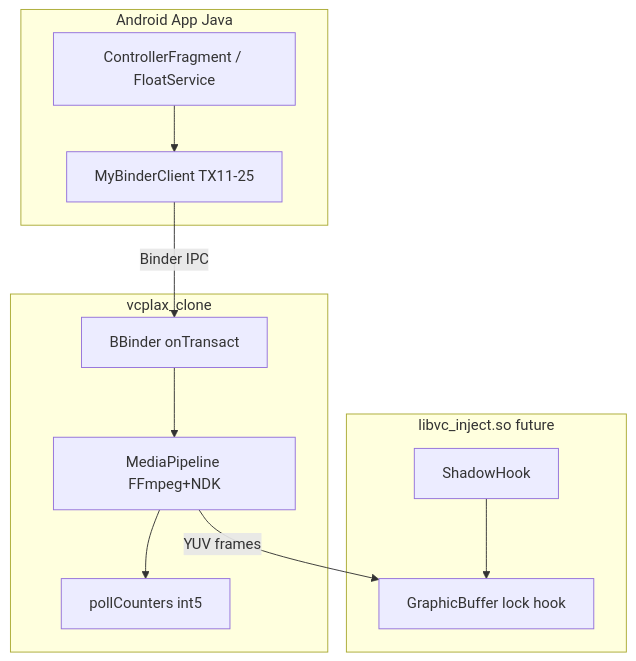
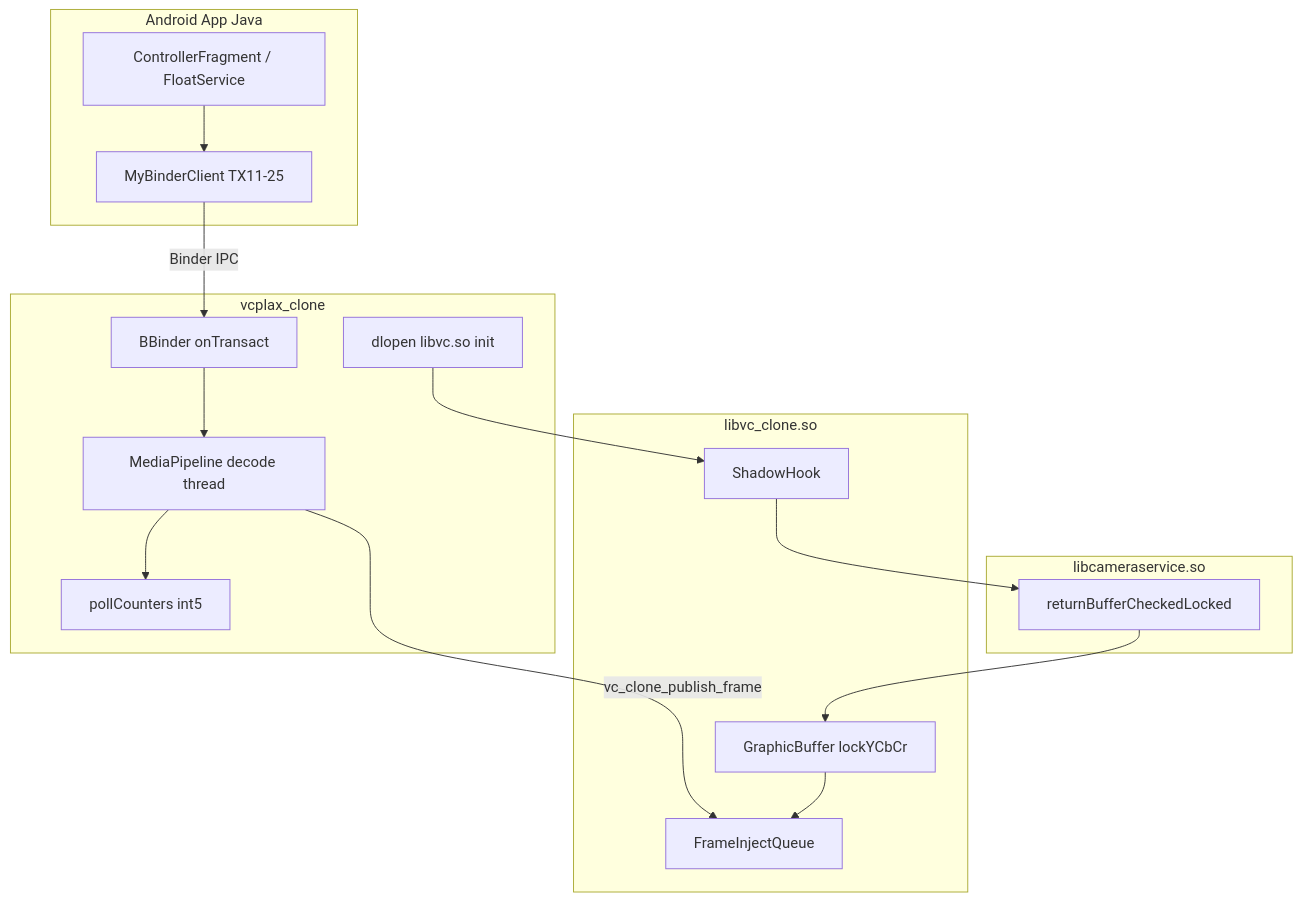
The diagram in docs/CLONE_ROADMAP.md (deathberg/Oldicecam), drawn with Mermaid before and after one commit. The commit also changed other lines of this file and 9 other files, not shown here.

First line of the commit message:
Implement clone inject layer: libvc_clone.so + frame queue + pipeline

````diff
--- a/docs/CLONE_ROADMAP.md
+++ b/docs/CLONE_ROADMAP.md
@@ -274,22 +292,30 @@
 ```mermaid
 flowchart TB
     subgraph app [Android App Java]
         UI[ControllerFragment / FloatService]
         BC[MyBinderClient TX11-25]
     end
     subgraph daemon [vcplax_clone]
         BT[BBinder onTransact]
-        MP[MediaPipeline FFmpeg+NDK]
+        MP[MediaPipeline decode thread]
         TX13[pollCounters int5]
+        LD[dlopen libvc.so init]
     end
-    subgraph inject [libvc_inject.so future]
+    subgraph libvc [libvc_clone.so]
+        Q[FrameInjectQueue]
         SH[ShadowHook]
-        GB[GraphicBuffer lock hook]
+        GB[GraphicBuffer lockYCbCr]
+    end
+    subgraph system [libcameraservice.so]
+        RB[returnBufferCheckedLocked]
     end
     UI --> BC
     BC -->|Binder IPC| BT
     BT --> MP
+    MP -->|vc_clone_publish_frame| Q
+    LD --> SH
+    SH --> RB
+    RB --> GB
+    GB --> Q
     MP --> TX13
-    MP -->|YUV frames| GB
-    SH --> GB
 ```
````
